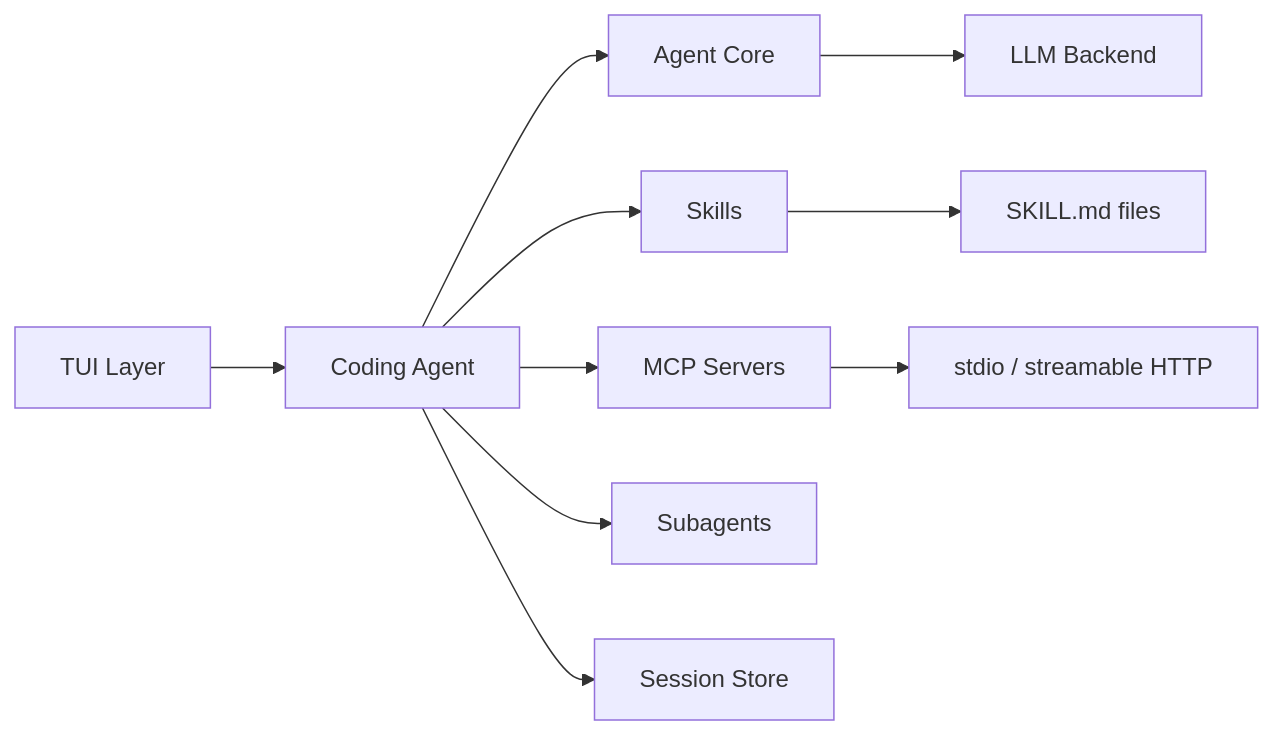
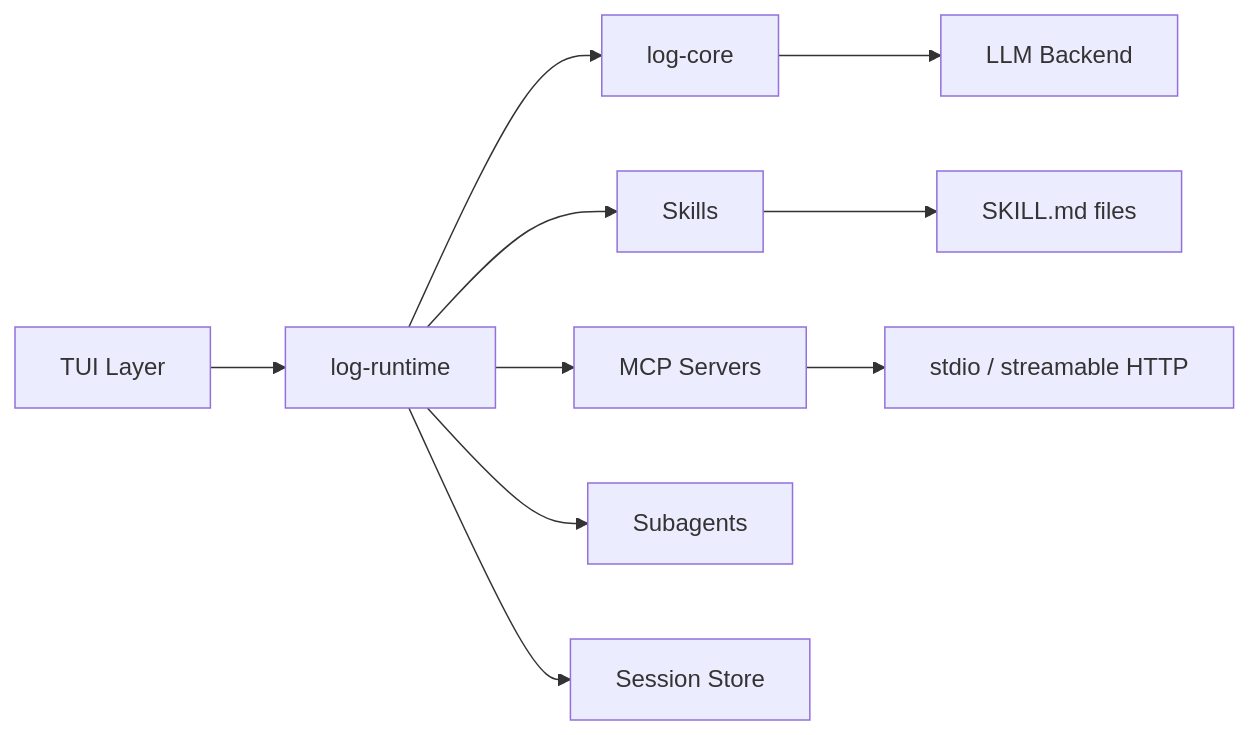
One commit to lseman/logician changed the diagram in docs/index.md. Above: the diagram before and after it, drawn with Mermaid. The commit also changed 13 other files, not shown here.

First line of the commit message:
docs: update docs and architecture site for log-* package rename

````diff
--- a/docs/index.md
+++ b/docs/index.md
@@ -44,12 +44,12 @@
 ```mermaid
 graph LR
-  A[TUI Layer] --> B[Coding Agent]
-  B --> C[Agent Core]
+  A[TUI Layer] --> B[log-runtime]
+  B --> C[log-core]
   C --> D[LLM Backend]
   B --> E[Skills]
   B --> F[MCP Servers]
   B --> G[Subagents]
   B --> H[Session Store]
   E --> I[SKILL.md files]
   F --> J[stdio / streamable HTTP]
 ```
````
